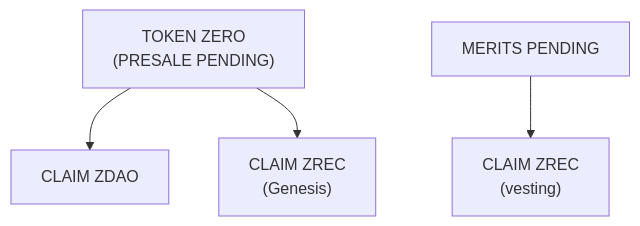
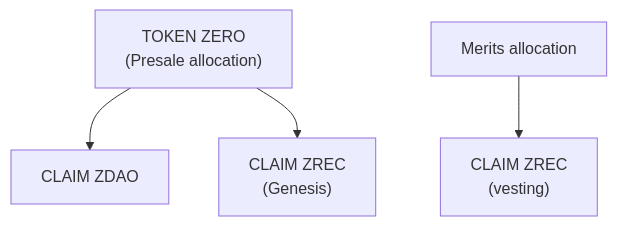
The second of 6 diagrams in docs/business-logic/02-genesis-phase.md (blockvault-ai/zero-energy), drawn with Mermaid before and after one commit. The commit also changed other lines of this file and 3 other files, not shown here.

````diff
--- a/docs/business-logic/02-genesis-phase.md
+++ b/docs/business-logic/02-genesis-phase.md
@@ -47,6 +54,6 @@
 ```mermaid
 flowchart TD
-    A["TOKEN ZERO<br/>(PRESALE PENDING)"] --> B["CLAIM ZDAO"]
+    A["TOKEN ZERO<br/>(Presale allocation)"] --> B["CLAIM ZDAO"]
     A --> C["CLAIM ZREC<br/>(Genesis)"]
-    M[MERITS PENDING] --> Z["CLAIM ZREC<br/>(vesting)"]
+    M["Merits allocation"] --> Z["CLAIM ZREC<br/>(vesting)"]
 ```
````
